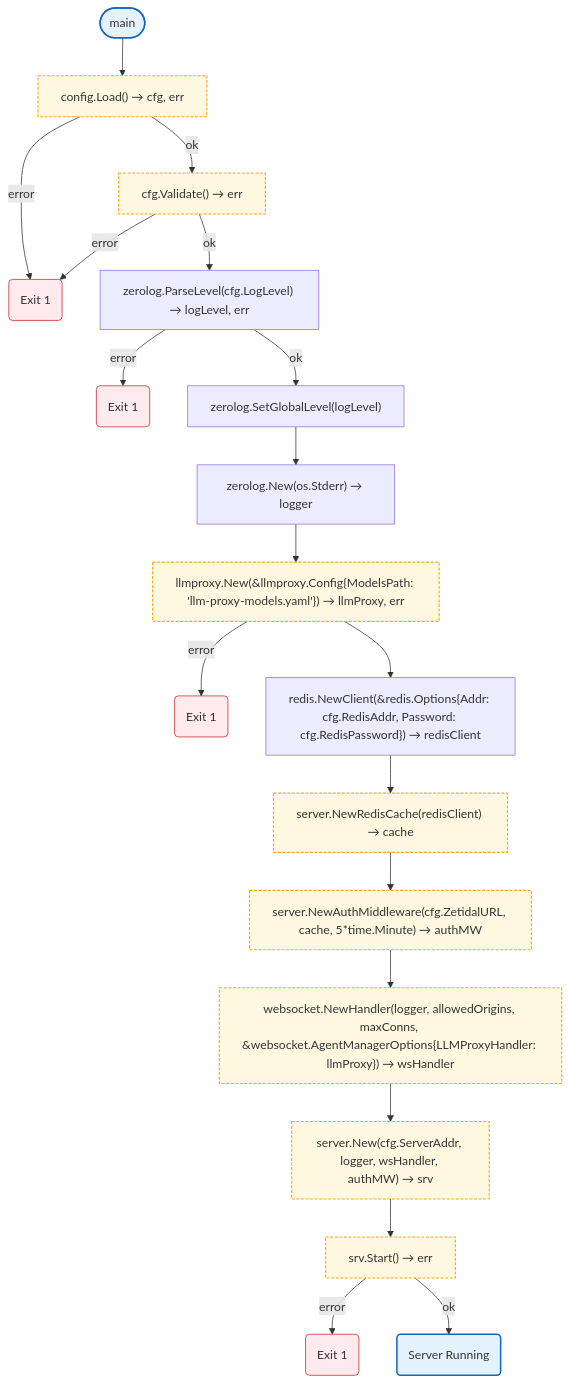
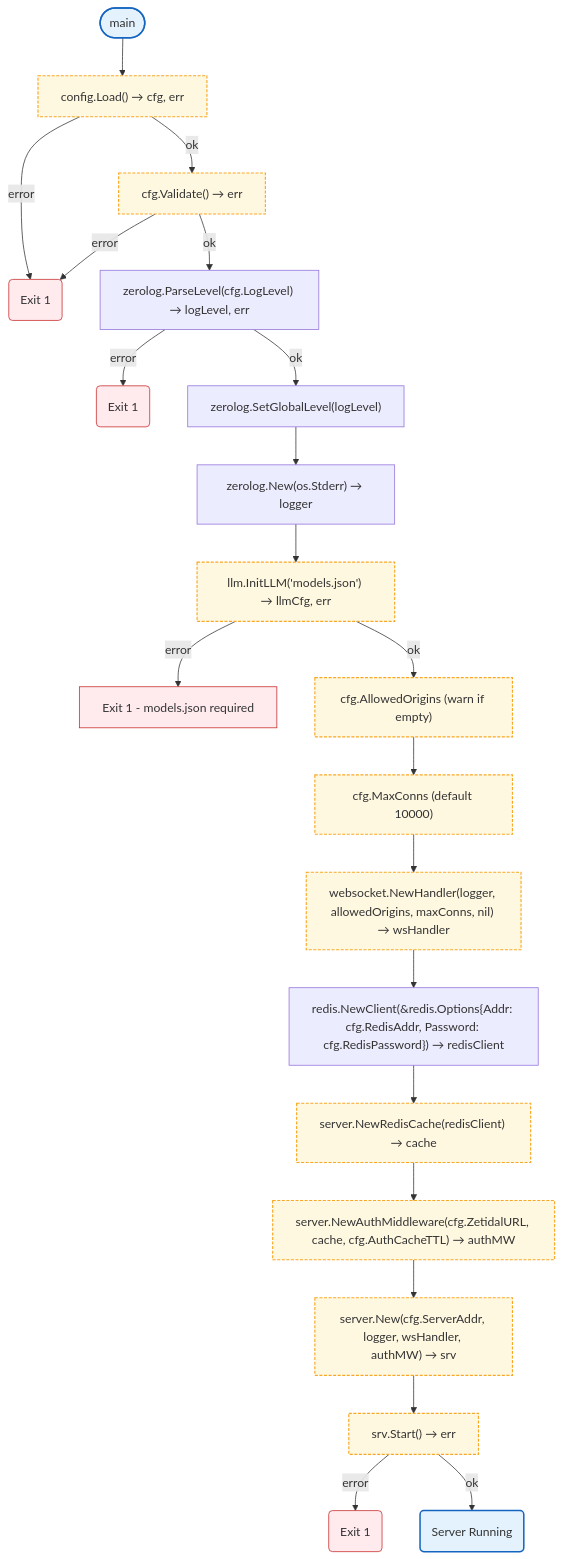
One commit to radch-ai/ava changed the diagram in docs/cmd/gateway.md. Above: the diagram before and after it, drawn with Mermaid. The commit also changed other lines of this file and 8 other files, not shown here.

First line of the commit message:
feat(config): improve gateway configuration and LLM initialization

````diff
--- a/docs/cmd/gateway.md
+++ b/docs/cmd/gateway.md
@@ -7,37 +7,39 @@
 ```mermaid
 flowchart TB
     Start([main]) --> LoadCfg["config.Load() → cfg, err"]
     LoadCfg -->|error| Exit1("Exit 1")
     LoadCfg -->|ok| ValidateCfg["cfg.Validate() → err"]
     ValidateCfg -->|error| Exit1
     ValidateCfg -->|ok| ParseLevel["zerolog.ParseLevel(cfg.LogLevel) → logLevel, err"]
     ParseLevel -->|error| Exit2("Exit 1")
     ParseLevel -->|ok| SetLevel["zerolog.SetGlobalLevel(logLevel)"]
-     SetLevel --> CreateLogger["zerolog.New(os.Stderr) → logger"]
-      CreateLogger --> InitProxy["llmproxy.New(&llmproxy.Config{ModelsPath: 'llm-proxy-models.yaml'}) → llmProxy, err"]
-      InitProxy -->|error| ExitProxy("Exit 1")
-     InitProxy --> InitRedis["redis.NewClient(&redis.Options{Addr: cfg.RedisAddr, Password: cfg.RedisPassword}) → redisClient"]
+    SetLevel --> CreateLogger["zerolog.New(os.Stderr) → logger"]
+    CreateLogger --> LoadModels["llm.InitLLM('models.json') → llmCfg, err"]
+    LoadModels -->|error| ExitLLM["Exit 1 - models.json required"]
+    LoadModels -->|ok| CheckOrigins["cfg.AllowedOrigins (warn if empty)"]
+    CheckOrigins --> CheckConns["cfg.MaxConns (default 10000)"]
+    CheckConns --> CreateWS["websocket.NewHandler(logger, allowedOrigins, maxConns, nil) → wsHandler"]
+    CreateWS --> InitRedis["redis.NewClient(&redis.Options{Addr: cfg.RedisAddr, Password: cfg.RedisPassword}) → redisClient"]
     InitRedis --> CreateCache["server.NewRedisCache(redisClient) → cache"]
-    CreateCache --> CreateAuthMW["server.NewAuthMiddleware(cfg.ZetidalURL, cache, 5*time.Minute) → authMW"]
-    CreateAuthMW --> CreateWS["websocket.NewHandler(logger, allowedOrigins, maxConns, &websocket.AgentManagerOptions{LLMProxyHandler: llmProxy}) → wsHandler"]
-    CreateWS --> CreateServer["server.New(cfg.ServerAddr, logger, wsHandler, authMW) → srv"]
+    CreateCache --> CreateAuthMW["server.NewAuthMiddleware(cfg.ZetidalURL, cache, cfg.AuthCacheTTL) → authMW"]
+    CreateAuthMW --> CreateServer["server.New(cfg.ServerAddr, logger, wsHandler, authMW) → srv"]
     CreateServer --> StartServer["srv.Start() → err"]
     StartServer -->|error| Exit3("Exit 1")
     StartServer -->|ok| Running("Server Running")
 
     click LoadCfg href "../config/README.md"
     click ValidateCfg href "../config/README.md"
-    click InitProxy href "https://github.com/nevaria-ai/llm-proxy-sdk"
+    click LoadModels href "../config/models.md"
     click CreateCache href "../internal/server/README.md"
     click CreateAuthMW href "../internal/server/README.md"
     click CreateWS href "../internal/websocket.md"
     click CreateServer href "../internal/server/README.md"
 
     classDef mainFn fill:#e3f2fd,stroke:#1565c0,stroke-width:2px
     classDef localPkgs fill:#fff8e1,stroke:#f9a825,stroke-width:1.5px,stroke-dasharray:4 2
     classDef errorFlow fill:#ffebee,stroke:#c62828,stroke-width:1px
 
     class Start,Running mainFn
-    class Exit1,Exit2,Exit3,ExitProxy errorFlow
-    class LoadCfg,ValidateCfg,InitProxy,CreateCache,CreateAuthMW,CreateWS,CreateServer,StartServer localPkgs
+    class Exit1,Exit2,Exit3,ExitLLM errorFlow
+    class LoadCfg,ValidateCfg,LoadModels,CheckOrigins,CheckConns,CreateCache,CreateAuthMW,CreateWS,CreateServer,StartServer localPkgs
 ```
````
